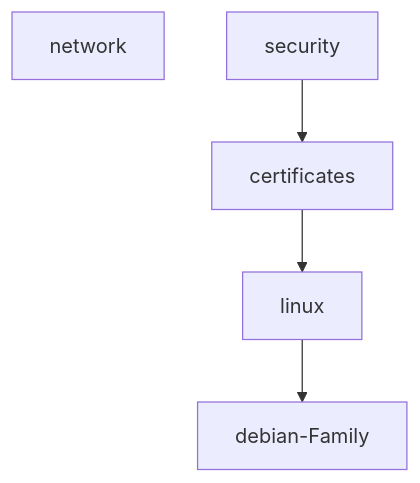
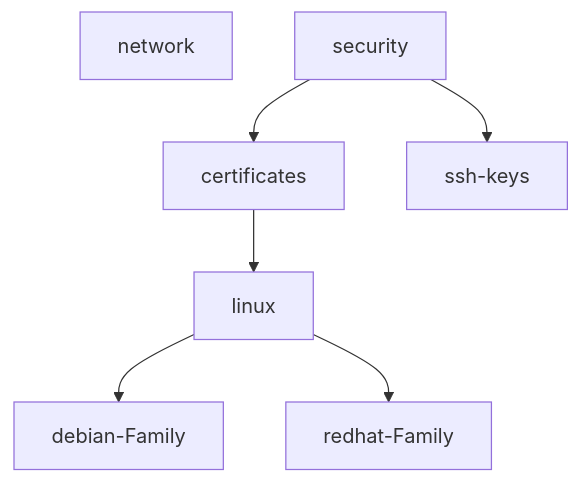
The diagram in README.md (sebma/myDoc), drawn with Mermaid before and after one commit. The commit also changed other lines of this file, not shown here.

````diff
--- a/README.md
+++ b/README.md
@@ -5,5 +5,7 @@
 ```mermaid
 flowchart TD
 network
-security --> certificates --> linux --> debian-Family
+security-->certificates-->linux-->debian-Family
+linux-->redhat-Family
+security-->ssh-keys
 ```
````
